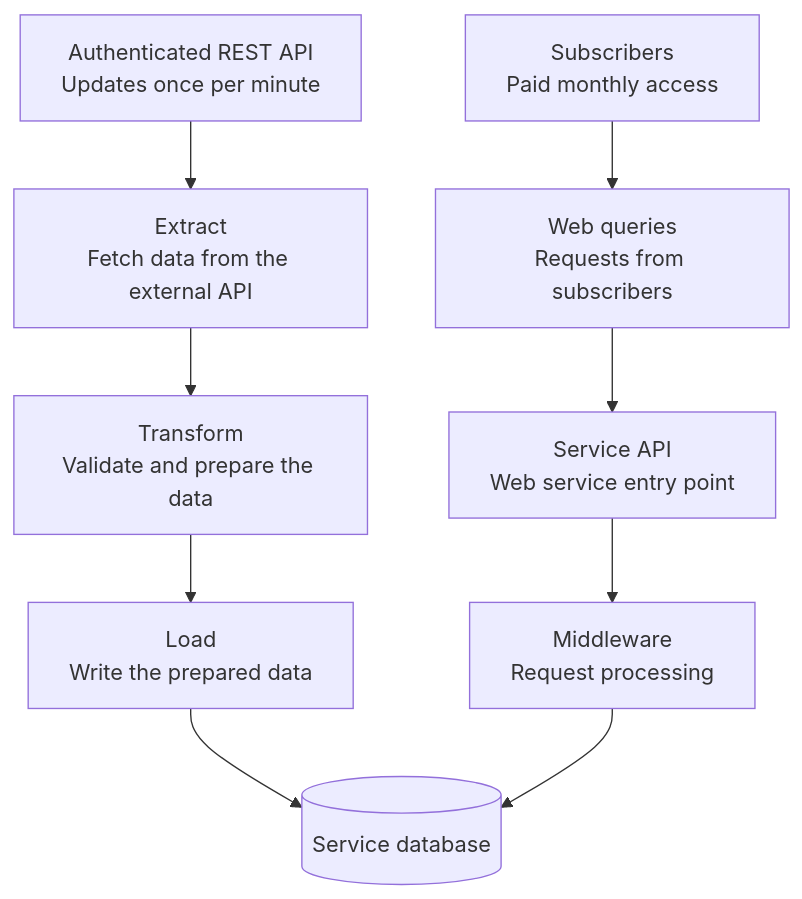
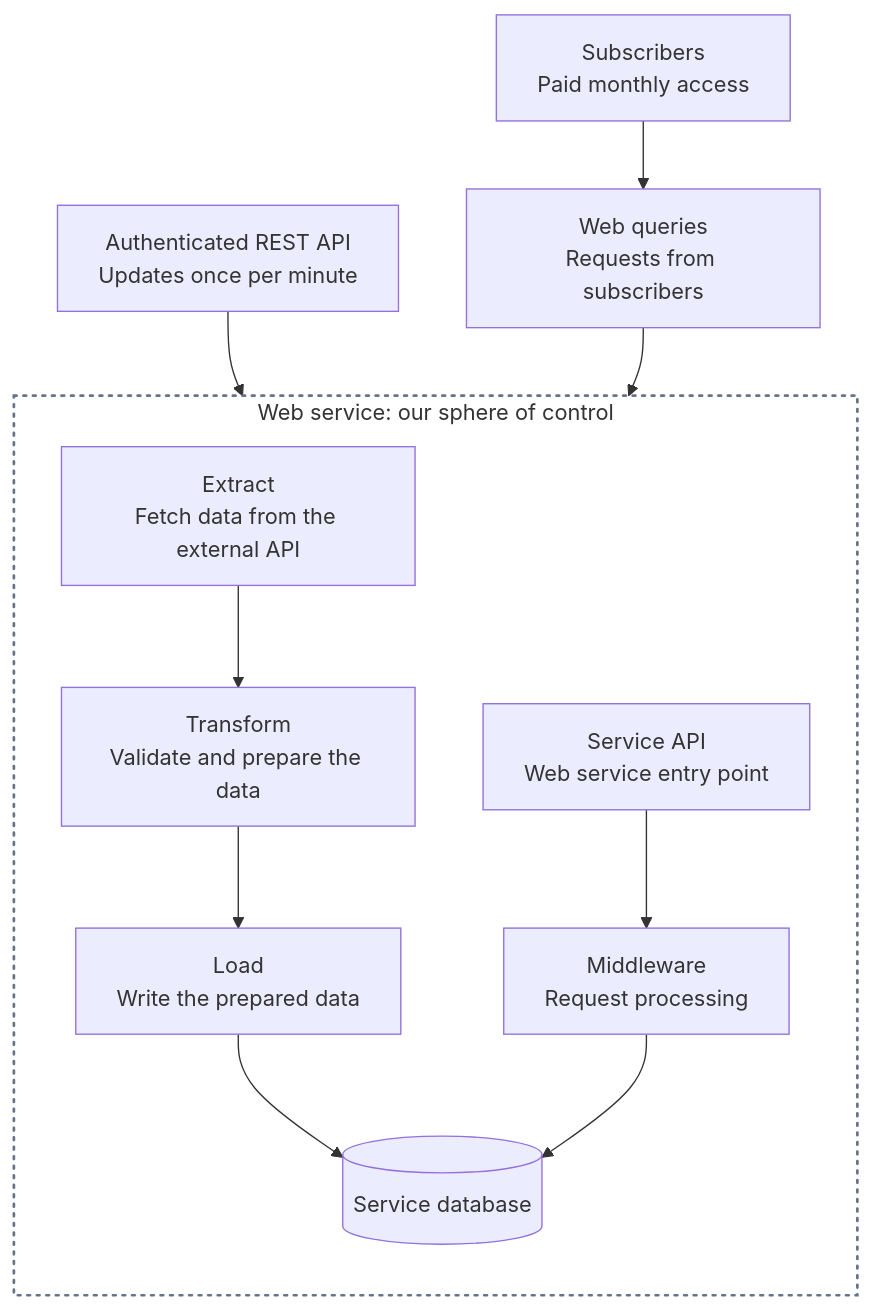
The diagram in README.md (SixbucksSolutions/web-based-etl-system-design), drawn with Mermaid before and after one commit. The commit also changed other lines of this file, not shown here.

````diff
--- a/README.md
+++ b/README.md
@@ -11,26 +41,30 @@
 ```mermaid
 flowchart TB
     upstream["Authenticated REST API<br/>Updates once per minute"]
     users["Subscribers<br/>Paid monthly access"]
-
-    extract["Extract<br/>Fetch data from the external API"]
     queries["Web queries<br/>Requests from subscribers"]
 
-    transform["Transform<br/>Validate and prepare the data"]
-    api["Service API<br/>Web service entry point"]
+    subgraph service["Web service: our sphere of control"]
+        direction TB
+        extract["Extract<br/>Fetch data from the external API"]
+        api["Service API<br/>Web service entry point"]
 
-    load["Load<br/>Write the prepared data"]
-    middleware["Middleware<br/>Request processing"]
+        transform["Transform<br/>Validate and prepare the data"]
+        middleware["Middleware<br/>Request processing"]
 
-    db[("Service database")]
+        load["Load<br/>Write the prepared data"]
+        db[("Service database")]
+
+        extract --> transform
+        transform --> load
+        load --> db
+        api --> middleware
+        middleware --> db
+    end
 
     upstream --> extract
-    extract --> transform
-    transform --> load
-    load --> db
-
     users --> queries
     queries --> api
-    api --> middleware
-    middleware --> db
+
+    style service fill:transparent,stroke:#64748b,stroke-width:2px,stroke-dasharray:2 5,stroke-linecap:round
 ```
````
